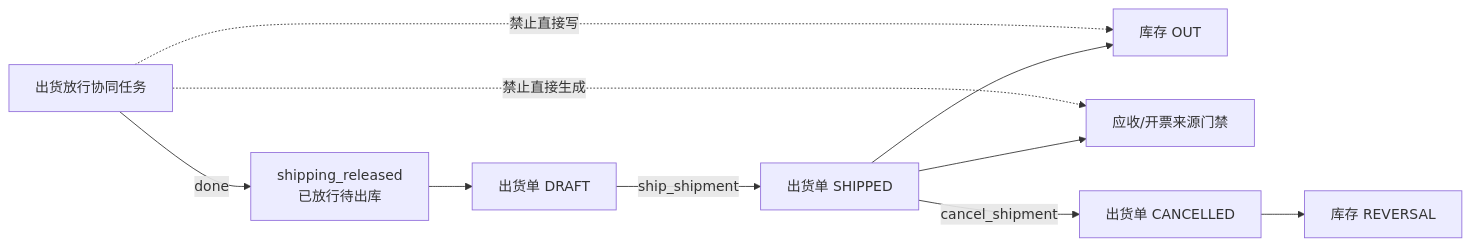
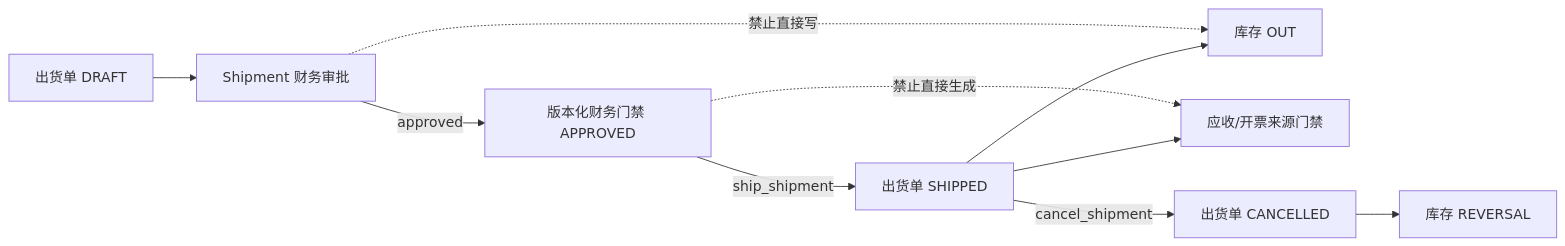
The diagram in docs/architecture/状态工作流事实边界.md (saurick/plush-toy-erp), drawn with Mermaid before and after one commit. The commit also changed other lines of this file and 95 other files, not shown here.

````diff
--- a/docs/architecture/状态工作流事实边界.md
+++ b/docs/architecture/状态工作流事实边界.md
@@ -115,13 +118,13 @@
 ```mermaid
 flowchart LR
-  releaseTask["出货放行协同任务"] -->|done| released["shipping_released<br/>已放行待出库"]
-  released --> shipment["出货单 DRAFT"]
-  shipment -->|ship_shipment| shipped["出货单 SHIPPED"]
+  shipment["出货单 DRAFT"] --> approval["Shipment 财务审批"]
+  approval -->|approved| release["版本化财务门禁 APPROVED"]
+  release -->|ship_shipment| shipped["出货单 SHIPPED"]
   shipped --> out["库存 OUT"]
   shipped --> financeGate["应收/开票来源门禁"]
   shipped -->|cancel_shipment| cancelled["出货单 CANCELLED"]
   cancelled --> reversal["库存 REVERSAL"]
 
-  releaseTask -.禁止直接写.-> out
-  releaseTask -.禁止直接生成.-> financeGate
+  approval -.禁止直接写.-> out
+  release -.禁止直接生成.-> financeGate
 ```
````
